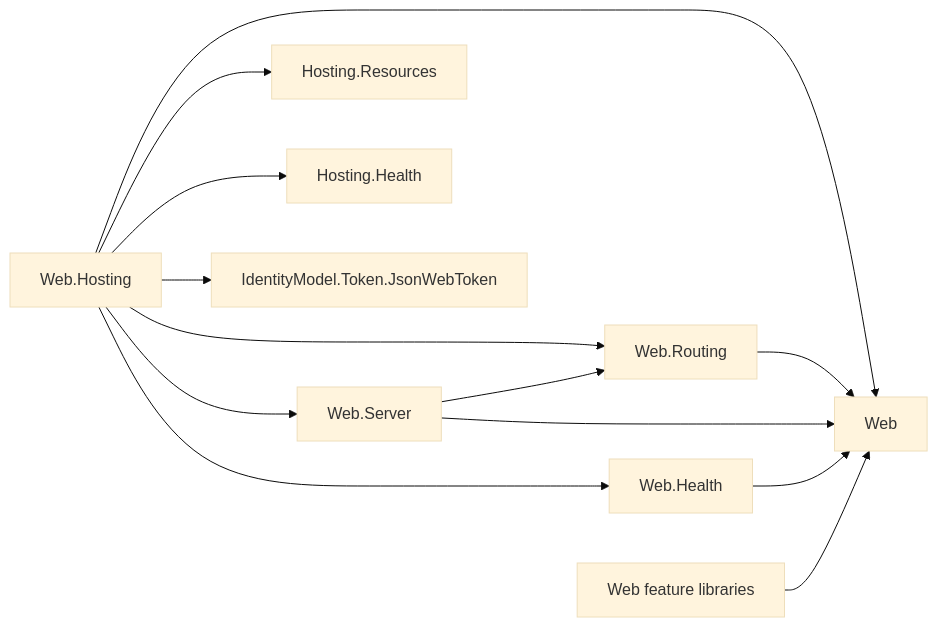
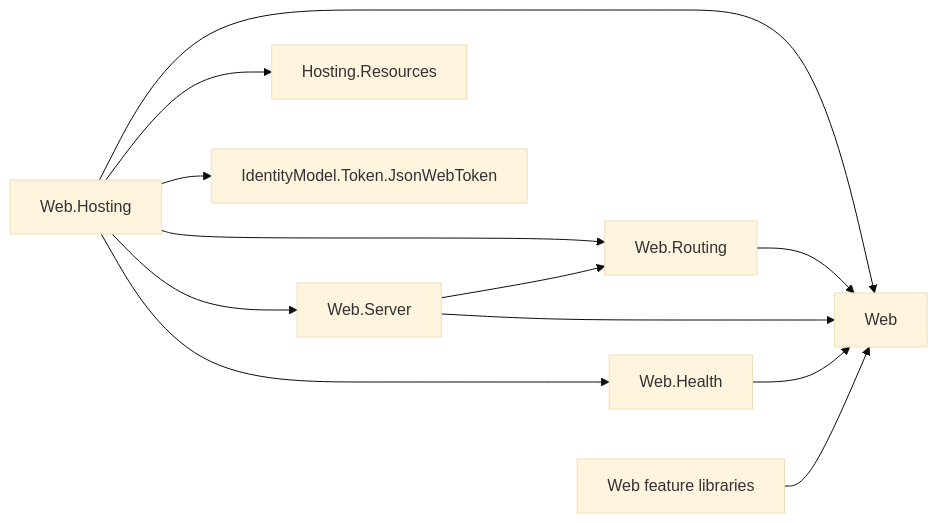
One commit to assimalign/cohesion changed the diagram in resources/Web/README.md. Above: the diagram before and after it, drawn with Mermaid (base theme). The commit also changed other lines of this file and 514 other files, not shown here.

````diff
--- a/resources/Web/README.md
+++ b/resources/Web/README.md
@@ -171,15 +170,14 @@
 ```mermaid
 flowchart LR
     Host["Web.Hosting"] --> Root["Web"]
     Host --> Routing["Web.Routing"]
     Host --> Server["Web.Server"]
     Host --> Health["Web.Health"]
     Routing --> Root
     Server --> Root
     Server --> Routing
     Host --> HR["Hosting.Resources"]
-    Host --> HH["Hosting.Health"]
     Host --> JWT["IdentityModel.Token.JsonWebToken"]
     Health --> Root
     Feature["Web feature libraries"] --> Root
 ```
````
